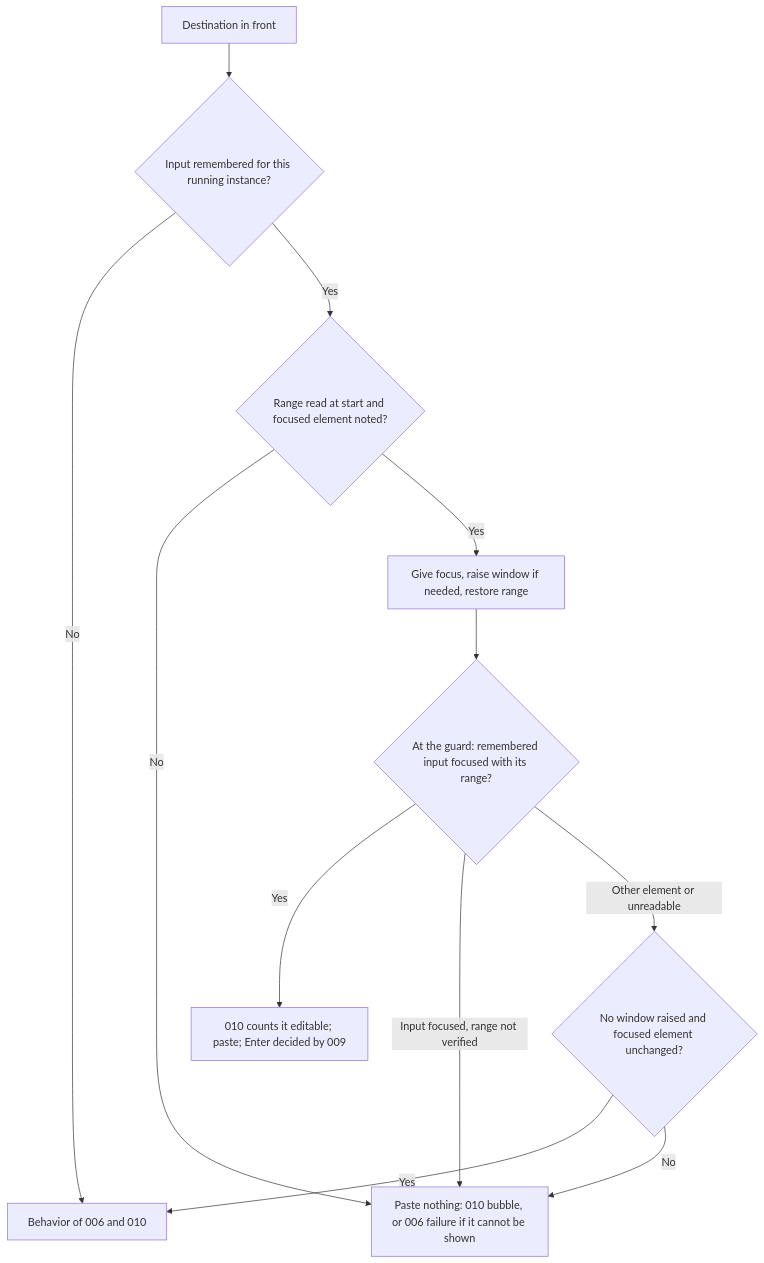
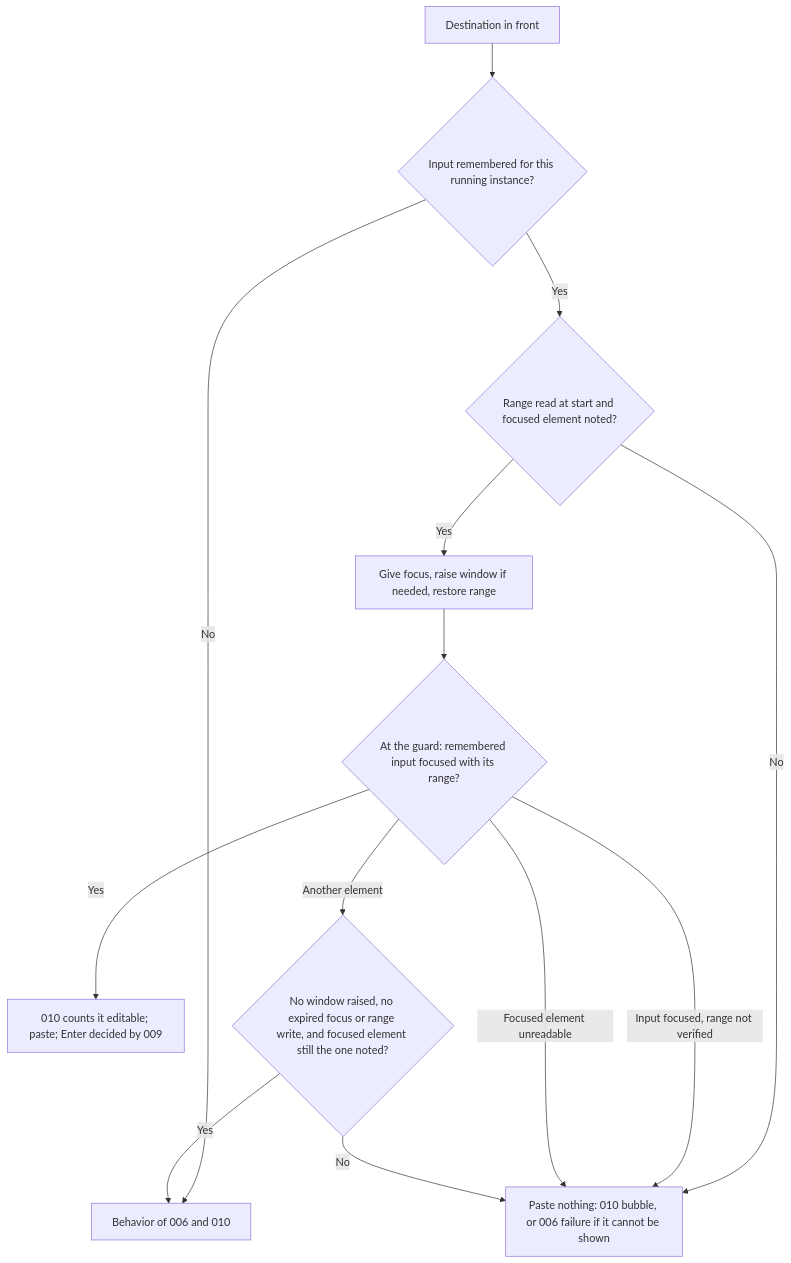
Before and after one commit to julien-m/handy: the third of 4 diagrams in .specs/features/011-dictation-field-return/spec.md, drawn with Mermaid. The commit also changed other lines of this file and 2 other files, not shown here.

````diff
--- a/.specs/features/011-dictation-field-return/spec.md
+++ b/.specs/features/011-dictation-field-return/spec.md
@@ -145,14 +155,15 @@
 ```mermaid
 flowchart TD
   A[Destination in front] --> B{Input remembered for this running instance?}
   B -- No --> F[Behavior of 006 and 010]
   B -- Yes --> C{Range read at start and focused element noted?}
   C -- No --> X[Paste nothing: 010 bubble, or 006 failure if it cannot be shown]
   C -- Yes --> D[Give focus, raise window if needed, restore range]
   D --> E{At the guard: remembered input focused with its range?}
   E -- Yes --> G[010 counts it editable; paste; Enter decided by 009]
   E -- Input focused, range not verified --> X
-  E -- Other element or unreadable --> H{No window raised and focused element unchanged?}
+  E -- Focused element unreadable --> X
+  E -- Another element --> H{No window raised, no expired focus or range write, and focused element still the one noted?}
   H -- Yes --> F
   H -- No --> X
 ```
````
